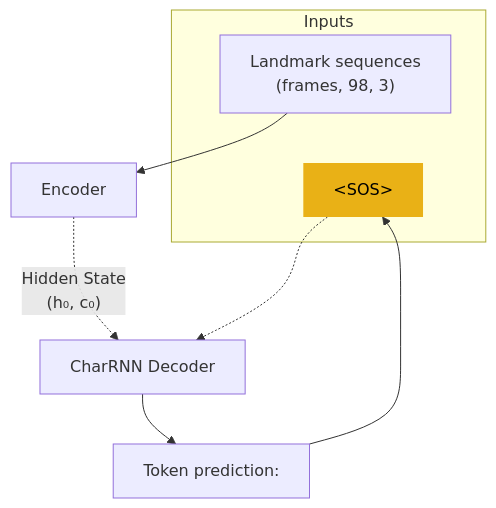
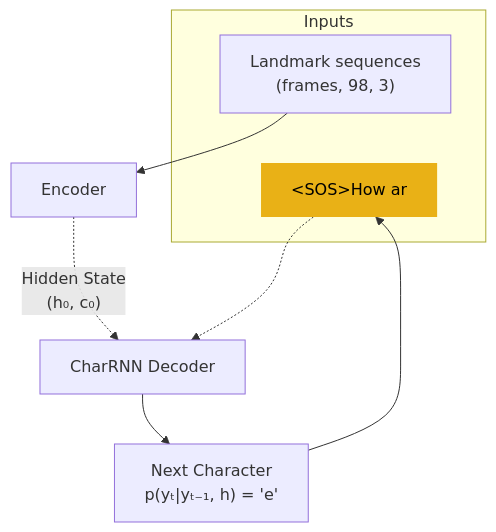
Before and after one commit to farahpiralic/ASLens-Test: the third of 3 diagrams in README.md, drawn with Mermaid.

````diff
--- a/README.md
+++ b/README.md
@@ -115,20 +115,20 @@
 ```mermaid
 
   
 
 graph TD
 subgraph Inputs
 	A["Landmark sequences<br>(frames, 98, 3)"]
-	T["#lt;SOS#gt;"]
+	T["#lt;SOS#gt;How ar"]
 	A ~~~ T
 end
 
 A --> B["Encoder"]
 
 B -.-> |"Hidden State<br>(h₀, c₀)"|C["CharRNN Decoder"]
 T -.-> C
-C --> F["Token prediction:"] -->T
+C --> F["Next Character<br>p(yₜ|yₜ₋₁, h) = 'e'"] --> T
 style T fill:#e9b116,stroke:none,color:black
 
 
 ```
````
